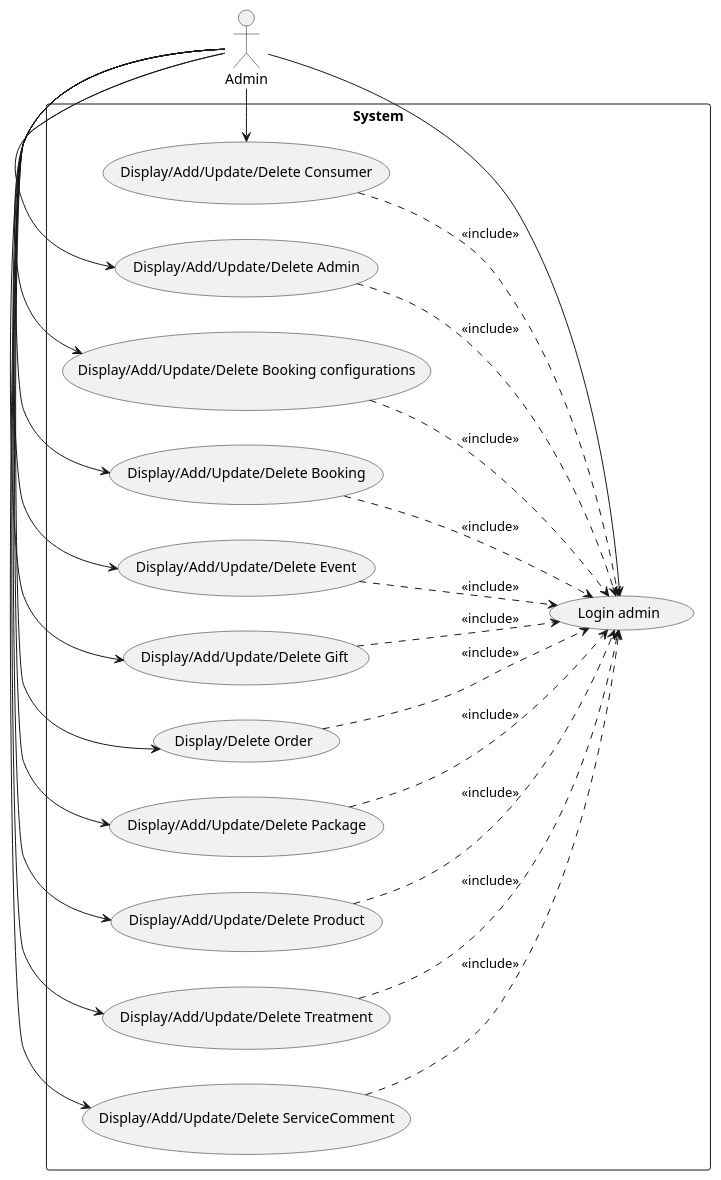
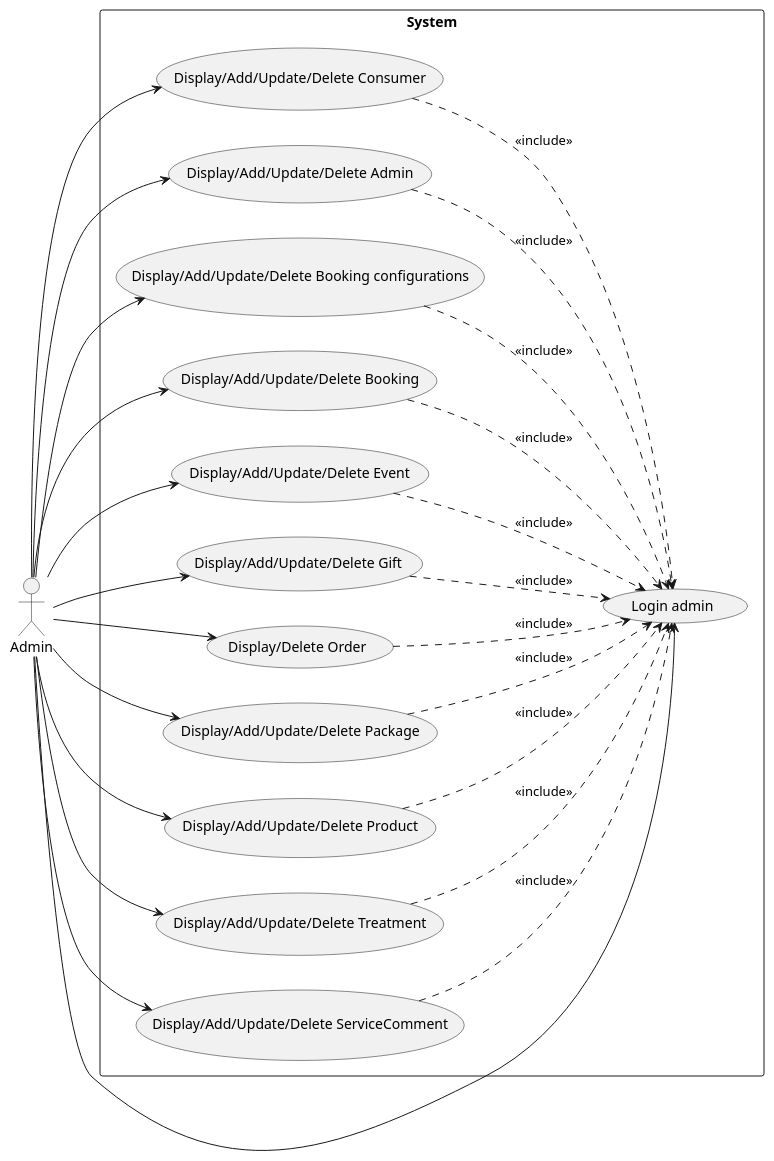
Before and after one commit to AlfonsoCiampa/beautyline: the diagram in Diagrams/UseCase/BeautyLineUseCaseAdmin.puml, drawn with PlantUML. The commit also changed 9 other files, not shown here.

```diff
--- a/Diagrams/UseCase/BeautyLineUseCaseAdmin.puml
+++ b/Diagrams/UseCase/BeautyLineUseCaseAdmin.puml
@@ -1,31 +1,31 @@
 @startuml
 left to right direction
 actor "Admin"
 
 
 rectangle System{
-	Admin ->  (Login admin)
-	Admin -> (Display/Add/Update/Delete Consumer)
+	Admin -down->  (Login admin)
+	Admin -down-> (Display/Add/Update/Delete Consumer)
 	(Display/Add/Update/Delete Consumer) ..>  (Login admin): <<include>>
-	Admin -> (Display/Add/Update/Delete Admin)
+	Admin -down-> (Display/Add/Update/Delete Admin)
 	(Display/Add/Update/Delete Admin) ..>  (Login admin): <<include>>
-	Admin -> (Display/Add/Update/Delete Booking configurations)
+	Admin -down-> (Display/Add/Update/Delete Booking configurations)
 	(Display/Add/Update/Delete Booking configurations) ..>  (Login admin): <<include>>
-	Admin -> (Display/Add/Update/Delete Booking)
+	Admin -down-> (Display/Add/Update/Delete Booking)
 	(Display/Add/Update/Delete Booking) ..>  (Login admin): <<include>>
-	Admin -> (Display/Add/Update/Delete Event)
+	Admin -down-> (Display/Add/Update/Delete Event)
 	(Display/Add/Update/Delete Event) ..>  (Login admin): <<include>>
-	Admin -> (Display/Add/Update/Delete Gift)
+	Admin -down-> (Display/Add/Update/Delete Gift)
 	(Display/Add/Update/Delete Gift) ..>  (Login admin): <<include>>
-	Admin -> (Display/Delete Order)
+	Admin -down-> (Display/Delete Order)
 	(Display/Delete Order) ..>  (Login admin): <<include>>
-	Admin -> (Display/Add/Update/Delete Package)
+	Admin -down-> (Display/Add/Update/Delete Package)
 	(Display/Add/Update/Delete Package) ..>  (Login admin): <<include>>
-	Admin -> (Display/Add/Update/Delete Product)
+	Admin -down-> (Display/Add/Update/Delete Product)
 	(Display/Add/Update/Delete Product) ..>  (Login admin): <<include>>
-	Admin -> (Display/Add/Update/Delete Treatment)
+	Admin -down-> (Display/Add/Update/Delete Treatment)
 	(Display/Add/Update/Delete Treatment) ..>  (Login admin): <<include>>
-	Admin -> (Display/Add/Update/Delete ServiceComment)
+	Admin -down-> (Display/Add/Update/Delete ServiceComment)
 	(Display/Add/Update/Delete ServiceComment) ..>  (Login admin): <<include>>
 }
 @enduml
```
